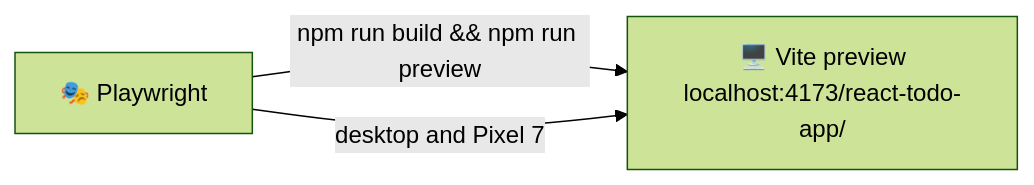
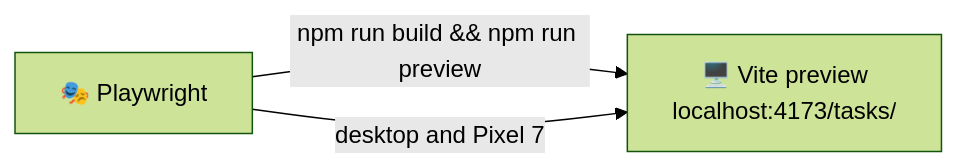
Before and after one commit to sacrificed666/react-todo-app: the second of 2 diagrams in docs/testing.md, drawn with Mermaid (forest theme). The commit also changed other lines of this file and 82 other files, not shown here.

````diff
--- a/docs/testing.md
+++ b/docs/testing.md
@@ -95,5 +96,5 @@
 ```mermaid
 flowchart LR
-  PW[🎭 Playwright] -->|"npm run build && npm run preview"| App["🖥️ Vite preview<br/>localhost:4173/react-todo-app/"]
+  PW[🎭 Playwright] -->|"npm run build && npm run preview"| App["🖥️ Vite preview<br/>localhost:4173/tasks/"]
   PW -->|desktop and Pixel 7| App
 ```
````
